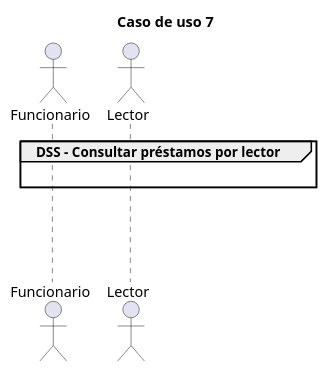
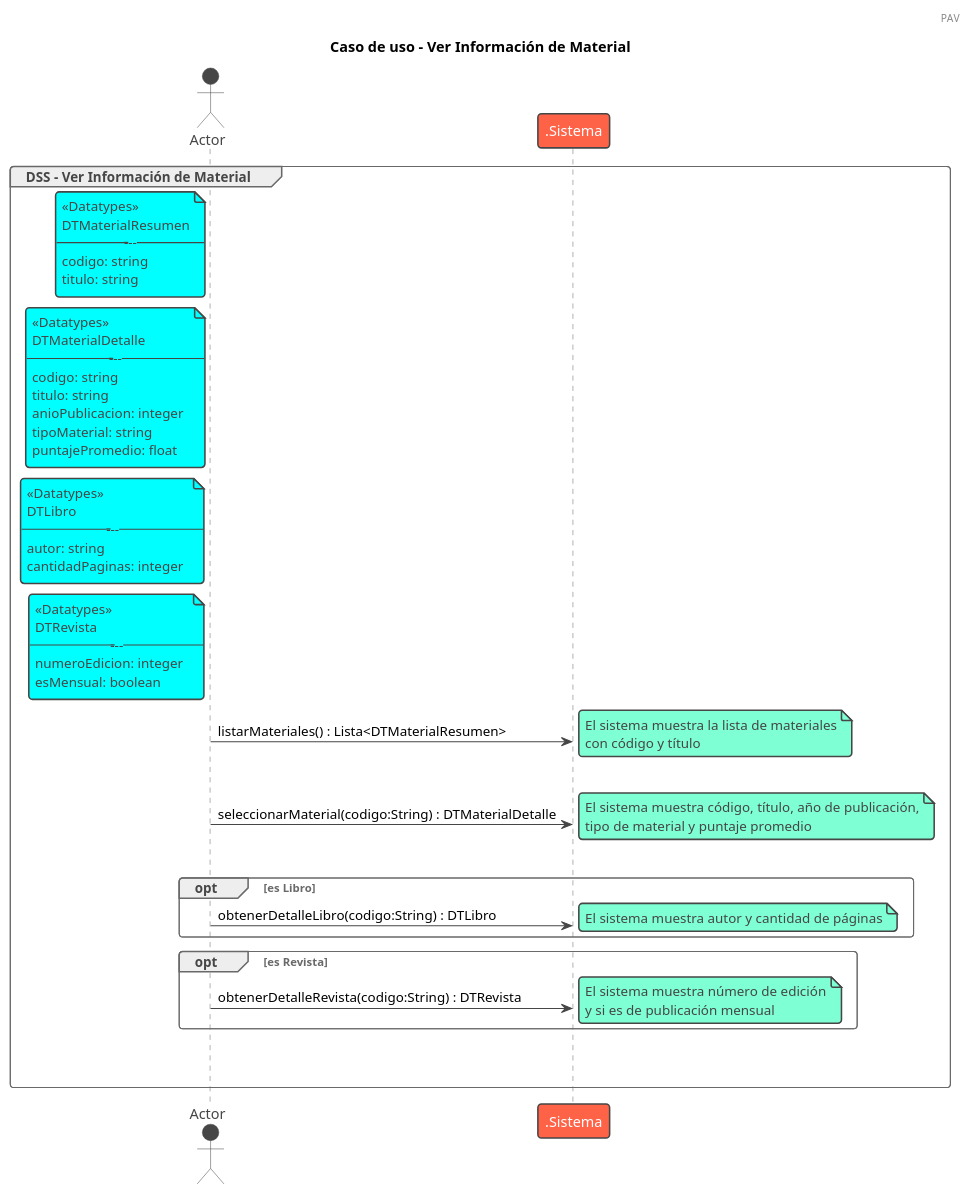
Before and after one commit to sigmaxevious/PlantUML-Laboratorio3: the diagram in Archivos/8-verInfoMaterial.plantuml, drawn with PlantUML. The commit also changed 2 other files, not shown here.

Commit message:
added 4,6,8 uml d, v prelim

```diff
--- a/Archivos/8-verInfoMaterial.plantuml
+++ b/Archivos/8-verInfoMaterial.plantuml
@@ -1,24 +1,69 @@
-@startuml
-/'El caso de uso comienza cuando el actor desea consultar la información de un
-material. El sistema muestra la lista de materiales registrados indicando su código
-y título, y el actor selecciona uno de ellos. A continuación, el sistema muestra el
-código, el título, el año de
-publicación, el tipo de material y el puntaje promedio. En caso de tratarse de un
-libro, también muestra el autor y la cantidad de páginas; en caso de tratarse de
-una revista, muestra el número de edición y si es de publicación mensua '/
+@startuml verInformacionMaterial
+!theme vibrant
+header PAV
 
+title Caso de uso - Ver Información de Material
 
-title Caso de uso 7
+group DSS - Ver Información de Material
+Actor Actor
 
-group DSS - Consultar préstamos por lector
-Actor Funcionario
-Actor Lector
+note left of Actor #aqua
+<<Datatypes>>
+DTMaterialResumen
+-----------
+codigo: string
+titulo: string
+end note
+
+note left of Actor #aqua
+<<Datatypes>>
+DTMaterialDetalle
+-----------
+codigo: string
+titulo: string
+anioPublicacion: integer
+tipoMaterial: string
+puntajePromedio: float
+end note
+
+note left of Actor #aqua
+<<Datatypes>>
+DTLibro
+-----------
+autor: string
+cantidadPaginas: integer
+end note
+
+note left of Actor #aqua
+<<Datatypes>>
+DTRevista
+-----------
+numeroEdicion: integer
+esMensual: boolean
+end note
+
+Actor -> .Sistema : listarMateriales() : Lista<DTMaterialResumen>
+note right: El sistema muestra la lista de materiales\ncon código y título
+
 |||
 
+Actor -> .Sistema : seleccionarMaterial(codigo:String) : DTMaterialDetalle
+note right: El sistema muestra código, título, año de publicación,\ntipo de material y puntaje promedio
 
+|||
+
+opt es Libro
+    Actor -> .Sistema : obtenerDetalleLibro(codigo:String) : DTLibro
+    note right: El sistema muestra autor y cantidad de páginas
 end
-|||
+
+opt es Revista
+    Actor -> .Sistema : obtenerDetalleRevista(codigo:String) : DTRevista
+    note right: El sistema muestra número de edición\ny si es de publicación mensual
+end
+
 |||
 |||
 
+end
 @enduml
```
